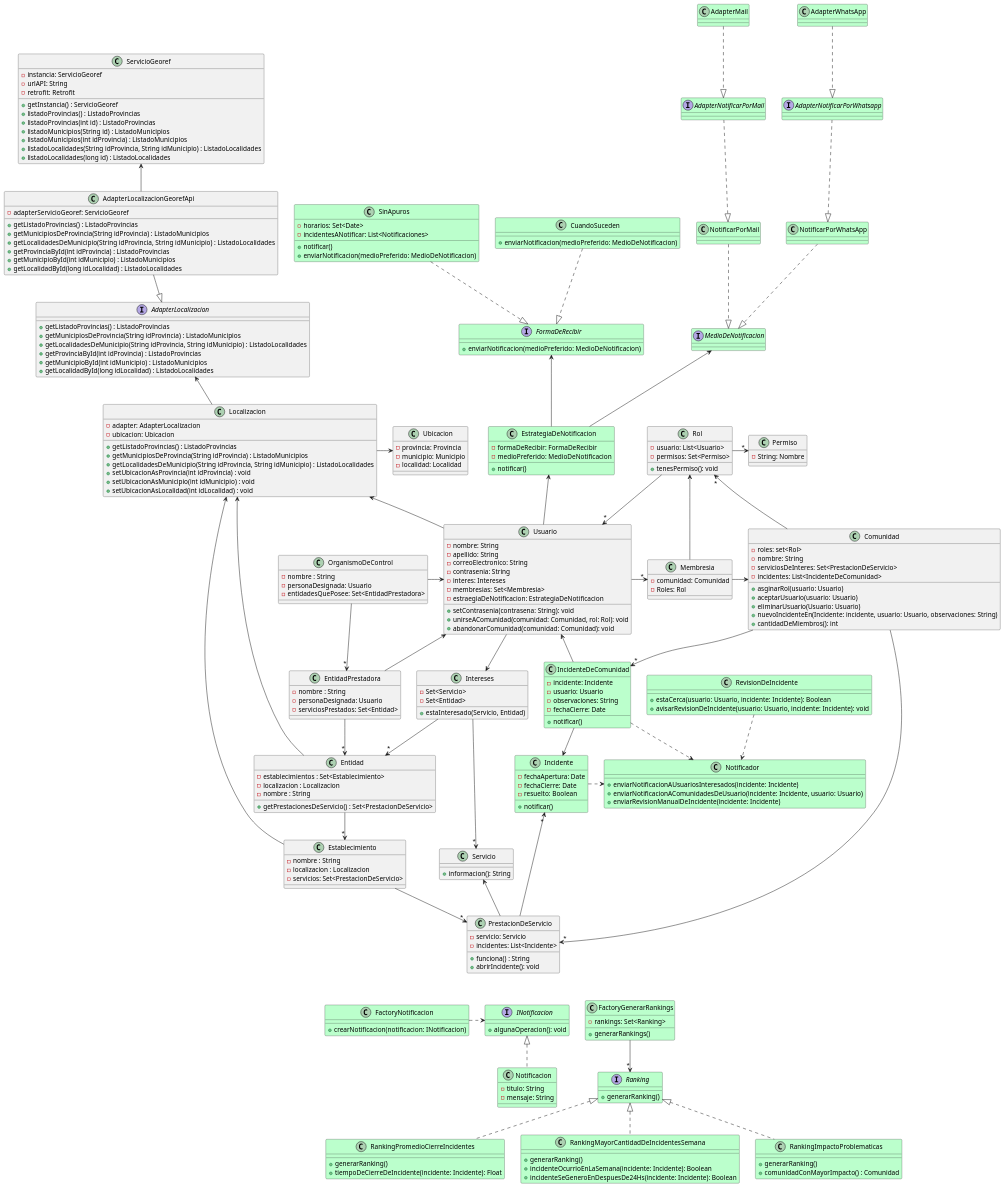
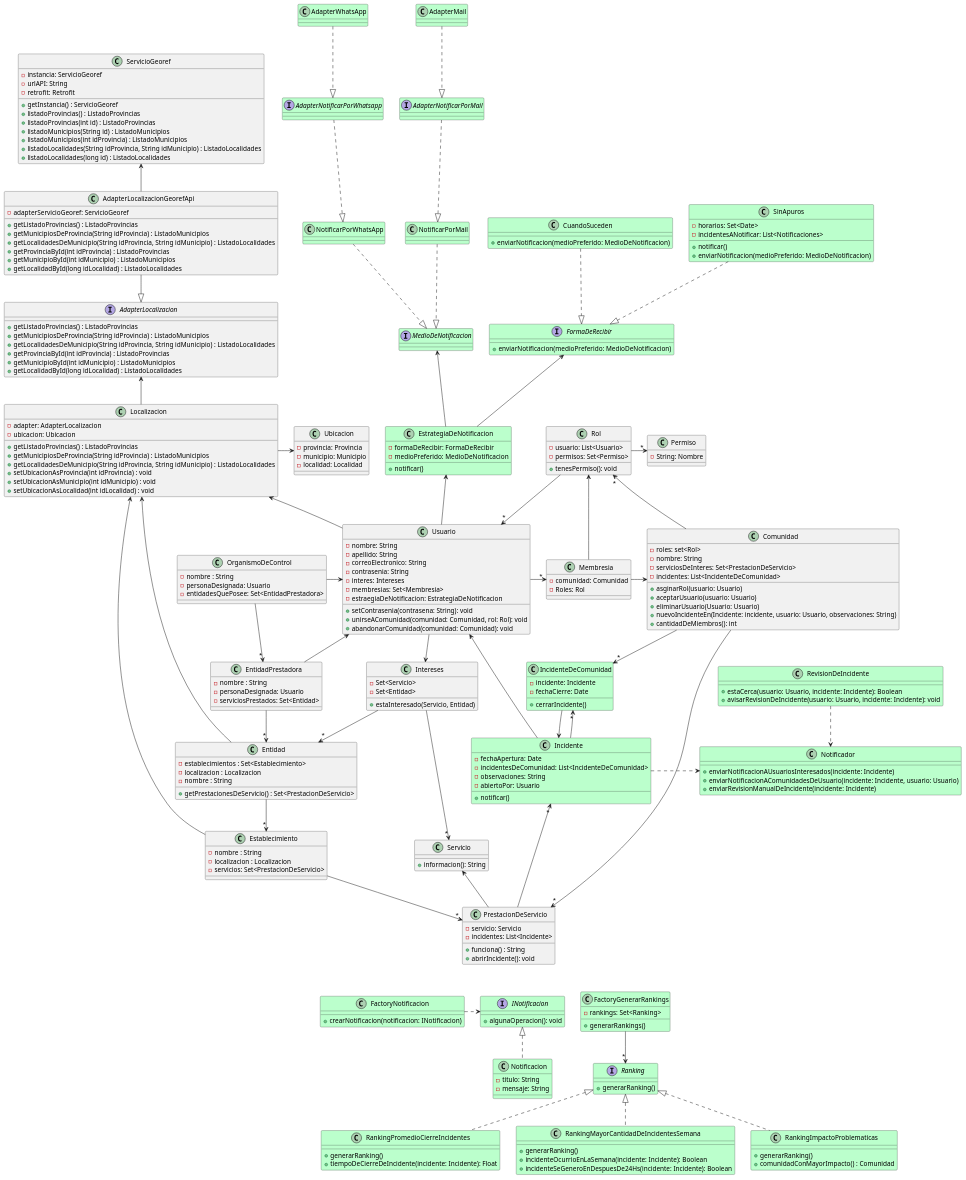
One commit to AndyTrias/comunidades-apoyo-movilidad-reducida- changed the diagram in Entregables/DiagramaDeClases.wsd. Above: the diagram before and after it, drawn with PlantUML.

Commit message:
cambie un poco incidentes

```diff
--- a/Entregables/DiagramaDeClases.wsd
+++ b/Entregables/DiagramaDeClases.wsd
@@ -225,25 +225,25 @@
 /' INCIDENTES '/
 Class Incidente #bbffcc{
     - fechaApertura: Date
-    - fechaCierre: Date
-    - resuelto: Boolean 
+    - incidentesDeComunidad: List<IncidenteDeComunidad>
+    - observaciones: String
+    - abiertoPor: Usuario
 
     + notificar()
 }
 
 Class IncidenteDeComunidad #bbffcc{
     - incidente: Incidente
-    - usuario: Usuario
-    - observaciones: String
     - fechaCierre: Date
 
-    + notificar()
+    + cerrarIncidente()
 }
 
+IncidenteDeComunidad --> Incidente
+Incidente --> "*" IncidenteDeComunidad
 Incidente "*" <-- PrestacionDeServicio 
 Comunidad --> "*" IncidenteDeComunidad
-IncidenteDeComunidad --> Incidente
-IncidenteDeComunidad --> Usuario
+Incidente --> Usuario
 
 /' CONFIGURACION DE NOTIFICACIONES '/
 
@@ -344,7 +344,6 @@
 INotificacion <|.. Notificacion
 
 Incidente .> Notificador
-IncidenteDeComunidad .> Notificador
 
 /' SUGERENCIA REVISION DE INCIDENTE '/
 
```
